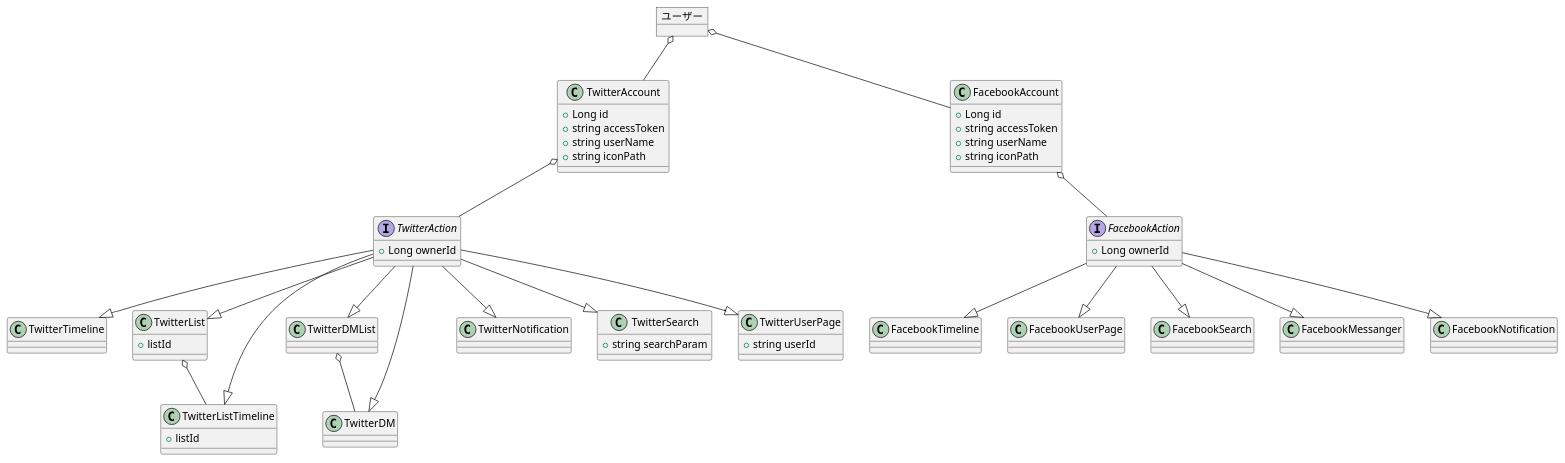
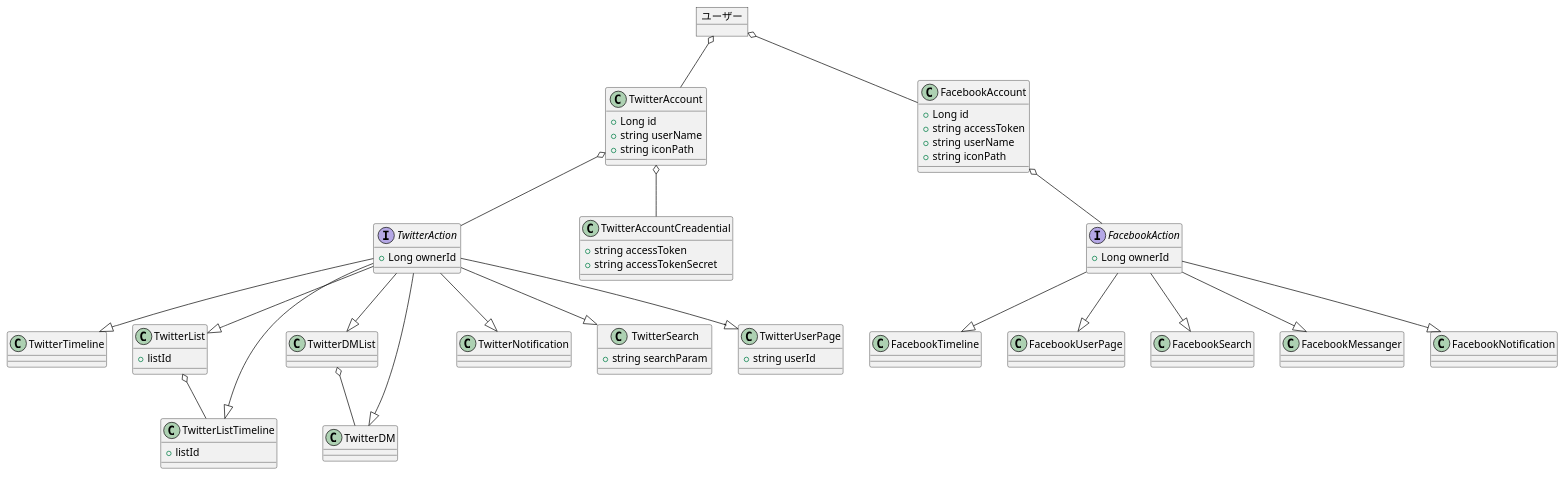
Before and after one commit to k42un0k0/k42un0k0snsdeck: the diagram in doc/domain.pu, drawn with PlantUML. The commit also changed 34 other files, not shown here.

```diff
--- a/doc/domain.pu
+++ b/doc/domain.pu
@@ -1,84 +1,89 @@
 @startuml ドメインモデル
 
 object ユーザー
 interface TwitterAction {
     + Long ownerId
 }
 interface FacebookAction {
     + Long ownerId
 }
 
 class TwitterAccount {
     + Long id
-    + string accessToken
     + string userName
     + string iconPath
+}
+
+class TwitterAccountCreadential{
+    + string accessToken
+    + string accessTokenSecret
 }
 
 class TwitterTimeline {
 
 }
 class TwitterList {
     + listId
 }
 class TwitterListTimeline {
     + listId
 }
 class TwitterDMList {
 
 }
 class TwitterDM {
 
 }
 class TwitterNotification {
 
 }
 class TwitterSearch {
     + string searchParam
 }
 class TwitterUserPage {
     + string userId
 }
 class FacebookAccount {
     + Long id
     + string accessToken
     + string userName
     + string iconPath
 }
 class FacebookTimeline {
 
 }
 class FacebookUserPage {
 
 }
 class FacebookSearch {
 
 }
 class FacebookMessanger {
 
 }
 class FacebookNotification {
 
 }
 
 ユーザー o-- TwitterAccount
 ユーザー o-- FacebookAccount
 TwitterAccount o-- TwitterAction
+TwitterAccount o-- TwitterAccountCreadential
 TwitterAction --|> TwitterTimeline
 TwitterAction --|> TwitterList
 TwitterAction --|> TwitterListTimeline
 TwitterList o-- TwitterListTimeline
 TwitterAction --|> TwitterDMList
 TwitterAction --|> TwitterDM
 TwitterDMList o-- TwitterDM
 TwitterAction --|> TwitterNotification
 TwitterAction --|> TwitterSearch
 TwitterAction --|> TwitterUserPage
 FacebookAccount o-- FacebookAction
 FacebookAction --|> FacebookTimeline
 FacebookAction --|> FacebookMessanger
 FacebookAction --|> FacebookNotification
 FacebookAction --|> FacebookSearch
 FacebookAction --|> FacebookUserPage
 
 @enduml
```
